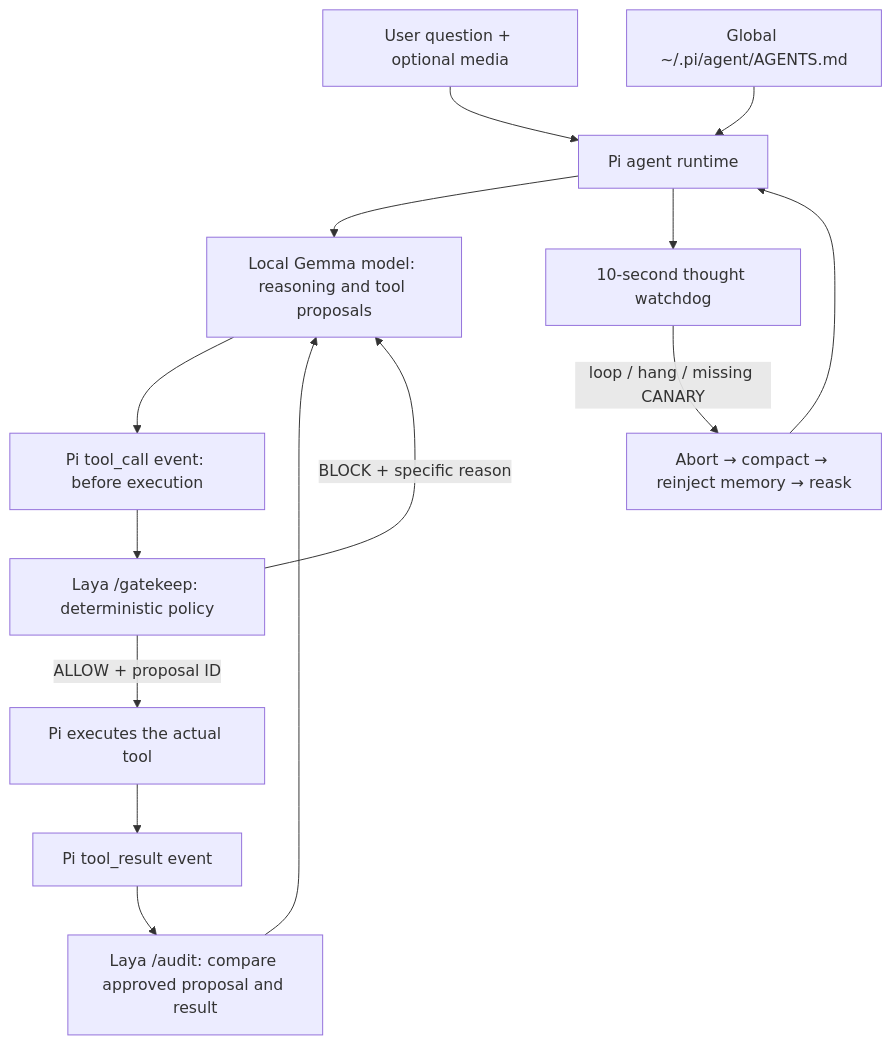
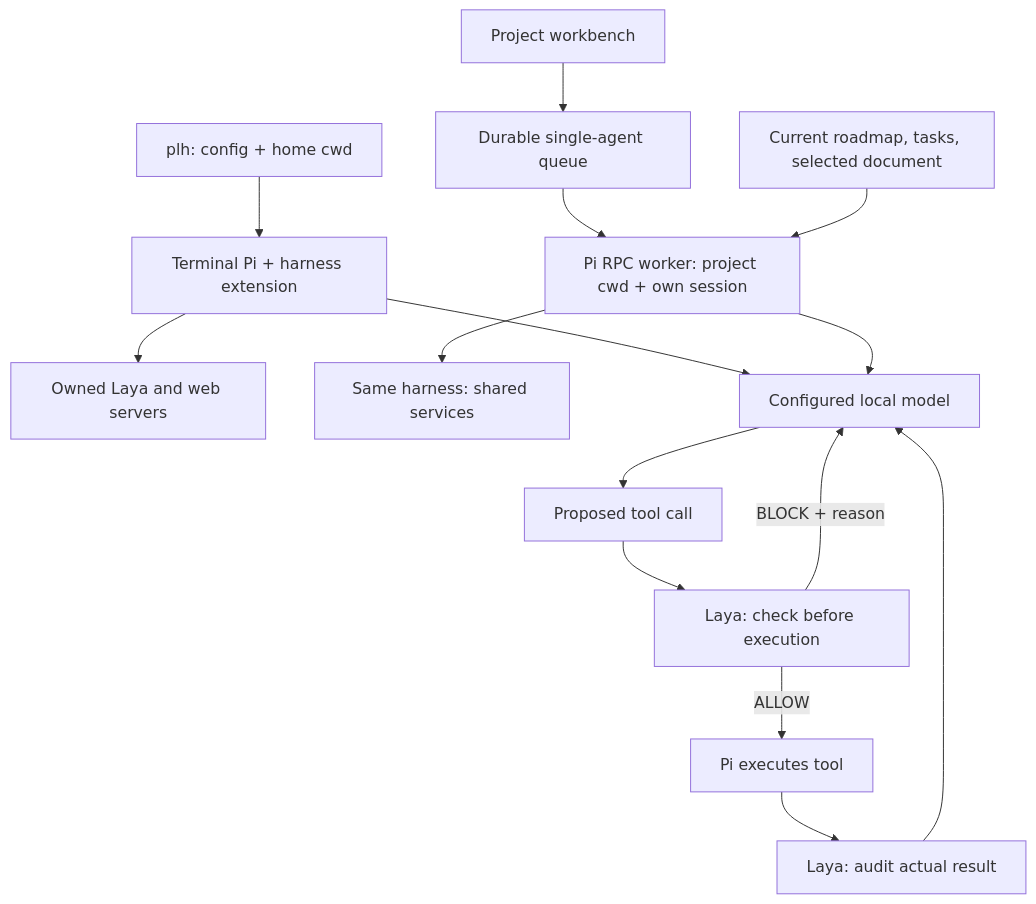
Before and after one commit to KakkoiDev/pi-local-harness: the diagram in readme.md, drawn with Mermaid. The commit also changed other lines of this file and 13 other files, not shown here.

Commit message:
feat: install dedicated plh launcher and document project architecture (task 39)

````diff
--- a/readme.md
+++ b/readme.md
@@ -12,16 +93,17 @@
 ```mermaid
 flowchart TD
-    User[User question + optional media] --> Pi[Pi agent runtime]
-    Memory[Global ~/.pi/agent/AGENTS.md] --> Pi
-    Pi --> Model[Local Gemma model: reasoning and tool proposals]
-    Model --> Before[Pi tool_call event: before execution]
-    Before --> Laya[Laya /gatekeep: deterministic policy]
-    Laya -->|ALLOW + proposal ID| Tool[Pi executes the actual tool]
-    Laya -->|BLOCK + specific reason| Model
-    Tool --> After[Pi tool_result event]
-    After --> Audit[Laya /audit: compare approved proposal and result]
+    Launch[plh: config + home cwd] --> Pi[Terminal Pi + harness extension]
+    Pi --> Services[Owned Laya and web servers]
+    Browser[Project workbench] --> Queue[Durable single-agent queue]
+    Queue --> Worker[Pi RPC worker: project cwd + own session]
+    Docs[Current roadmap, tasks, selected document] --> Worker
+    Worker --> Extension[Same harness: shared services]
+    Pi --> Model[Configured local model]
+    Worker --> Model
+    Model --> Proposal[Proposed tool call]
+    Proposal --> Gate[Laya: check before execution]
+    Gate -->|ALLOW| Tool[Pi executes tool]
+    Gate -->|BLOCK + reason| Model
+    Tool --> Audit[Laya: audit actual result]
     Audit --> Model
-    Pi --> Watch[10-second thought watchdog]
-    Watch -->|loop / hang / missing CANARY| Recover[Abort → compact → reinject memory → reask]
-    Recover --> Pi
 ```
````
